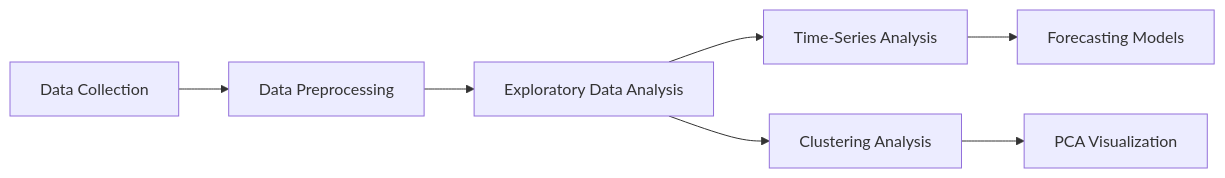
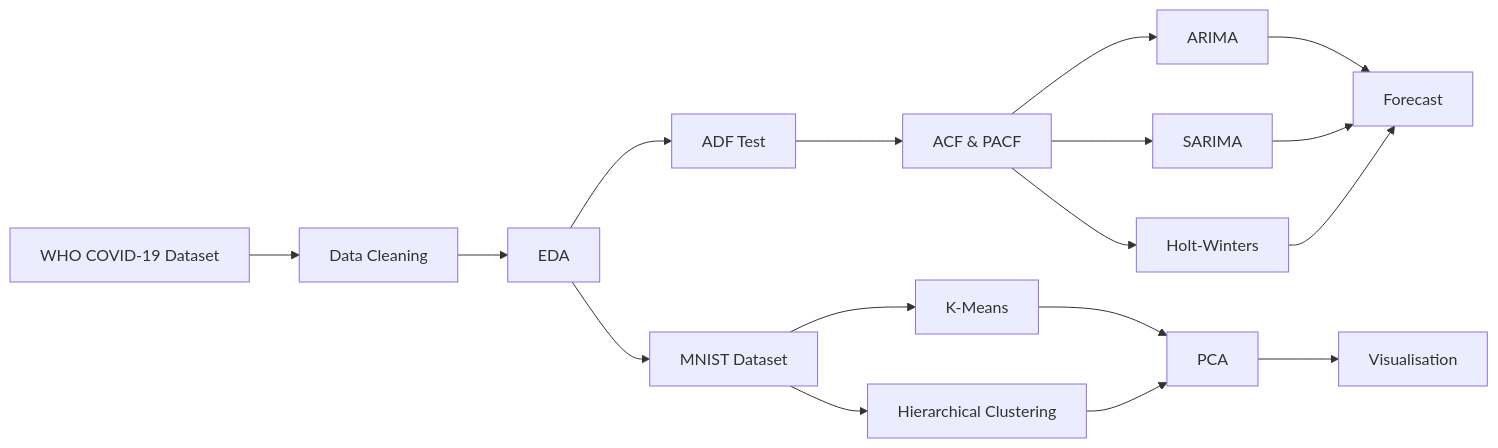
One commit to Debapriyo1110/Time-Series-Analysis-of-Covid-19-Data changed the diagram in README.md. Above: the diagram before and after it, drawn with Mermaid. The commit also changed other lines of this file, not shown here.

````diff
--- a/README.md
+++ b/README.md
@@ -119,9 +309,37 @@
 ```mermaid
 flowchart LR
-A[Data Collection] --> B[Data Preprocessing]
-B --> C[Exploratory Data Analysis]
-C --> D[Time-Series Analysis]
-D --> E[Forecasting Models]
-C --> F[Clustering Analysis]
-F --> G[PCA Visualization]
+
+A[WHO COVID-19 Dataset]
+
+-->B[Data Cleaning]
+
+B-->C[EDA]
+
+C-->D[ADF Test]
+
+D-->E[ACF & PACF]
+
+E-->F[ARIMA]
+
+E-->G[SARIMA]
+
+E-->H[Holt-Winters]
+
+F-->I[Forecast]
+
+G-->I
+
+H-->I
+
+C-->J[MNIST Dataset]
+
+J-->K[K-Means]
+
+J-->L[Hierarchical Clustering]
+
+K-->M[PCA]
+
+L-->M
+
+M-->N[Visualisation]
 ```
````
